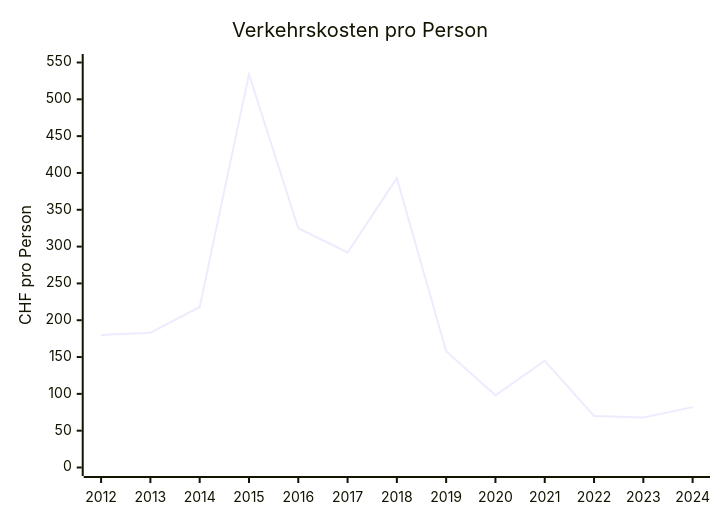
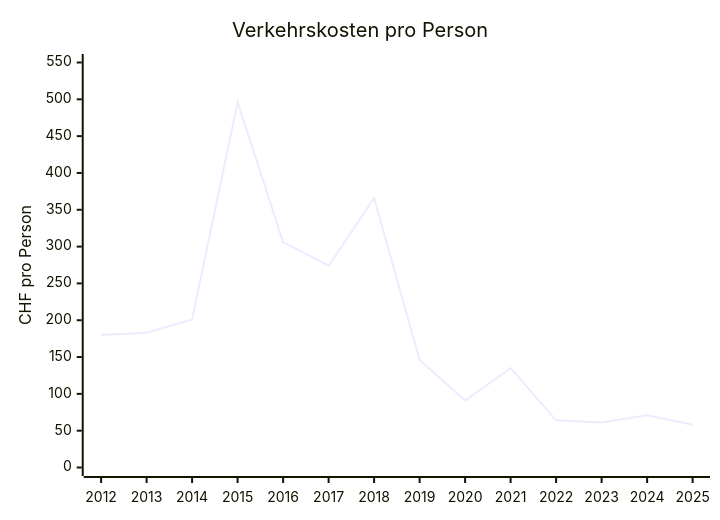
One commit to risajef/risajef.github.io changed the seventh of 8 diagrams in docs/politik/finanzen-beringen.de.md. Above: the diagram before and after it, drawn with Mermaid. The commit also changed other lines of this file and 1 other file, not shown here.

````diff
--- a/docs/politik/finanzen-beringen.de.md
+++ b/docs/politik/finanzen-beringen.de.md
@@ -117,7 +117,7 @@
 ```mermaid
 xychart
 title "Verkehrskosten pro Person"
-x-axis [2012, 2013, 2014, 2015, 2016, 2017, 2018, 2019, 2020, 2021, 2022, 2023, 2024]
+x-axis [2012, 2013, 2014, 2015, 2016, 2017, 2018, 2019, 2020, 2021, 2022, 2023, 2024, 2025]
 y-axis "CHF pro Person" 0 --> 550
-line [180, 183, 218, 534, 325, 292, 393, 158, 98, 145, 70, 68, 82]
+line [180, 183, 201, 496, 306, 274, 366, 146, 91, 135, 64, 61, 71, 58]
 ```
````
